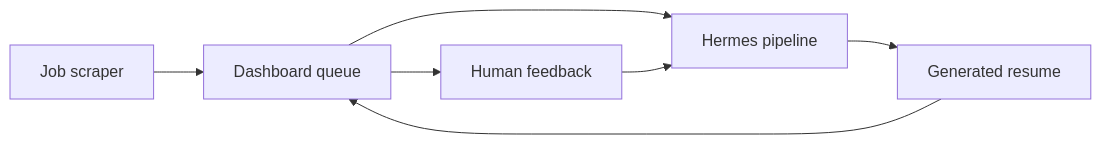
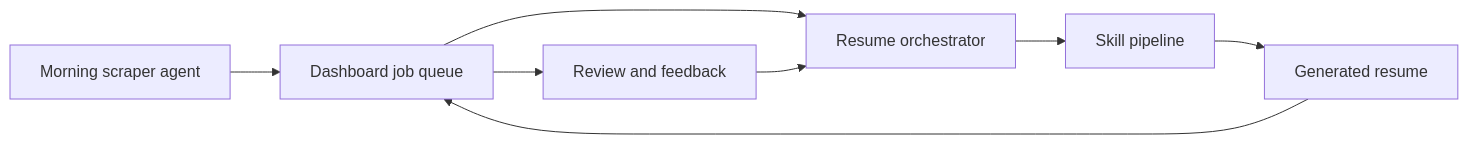
One commit to Aryan1718/hermes-autonomous-resume changed the second of 2 diagrams in docs-site/docs/getting-started/introduction.md. Above: the diagram before and after it, drawn with Mermaid. The commit also changed other lines of this file and 2 other files, not shown here.

````diff
--- a/docs-site/docs/getting-started/introduction.md
+++ b/docs-site/docs/getting-started/introduction.md
@@ -63,9 +68,10 @@
 ```mermaid
 flowchart LR
-  A[Job scraper] --> B[Dashboard queue]
-  B --> C[Hermes pipeline]
-  C --> D[Generated resume]
-  D --> B
-  B --> E[Human feedback]
-  E --> C
+  A[Morning scraper agent] --> B[Dashboard job queue]
+  B --> C[Resume orchestrator]
+  C --> D[Skill pipeline]
+  D --> E[Generated resume]
+  E --> B
+  B --> F[Review and feedback]
+  F --> C
 ```
````
